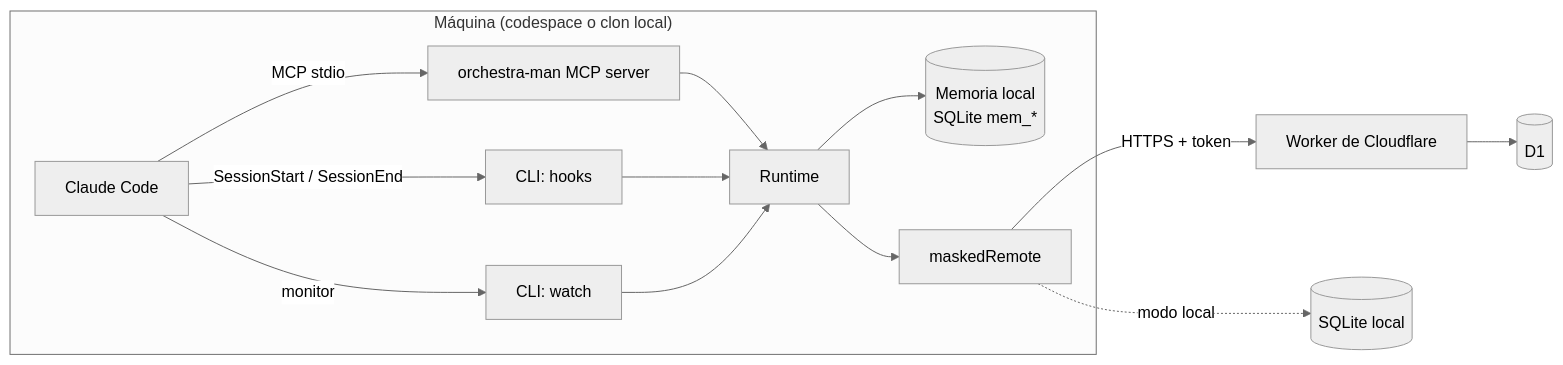
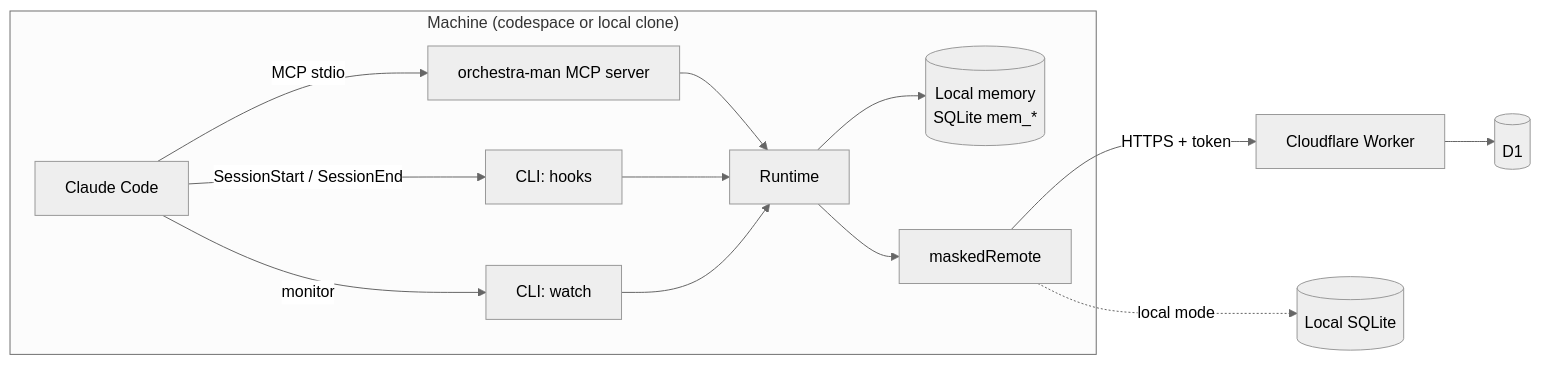
Before and after one commit to TomasTaniguchi/orchestra-man-plugin: the diagram in docs/architecture/overview.md, drawn with Mermaid (neutral theme). The commit also changed other lines of this file and 42 other files, not shown here.

````diff
--- a/docs/architecture/overview.md
+++ b/docs/architecture/overview.md
@@ -5,16 +5,16 @@
 ```mermaid
 flowchart LR
-  subgraph M1["Máquina (codespace o clon local)"]
+  subgraph M1["Machine (codespace or local clone)"]
     CC[Claude Code] -->|MCP stdio| MCP[orchestra-man MCP server]
     CC -->|SessionStart / SessionEnd| HOOK[CLI: hooks]
     CC -->|monitor| WATCH[CLI: watch]
     MCP --> RT[Runtime]
     HOOK --> RT
     WATCH --> RT
-    RT --> MEM[(Memoria local\nSQLite mem_*)]
+    RT --> MEM[(Local memory\nSQLite mem_*)]
     RT --> MASK[maskedRemote]
   end
-  MASK -->|HTTPS + token| WORKER[Worker de Cloudflare]
+  MASK -->|HTTPS + token| WORKER[Cloudflare Worker]
   WORKER --> D1[(D1)]
-  MASK -.->|modo local| SQLITE[(SQLite local)]
+  MASK -.->|local mode| SQLITE[(Local SQLite)]
 ```
````
